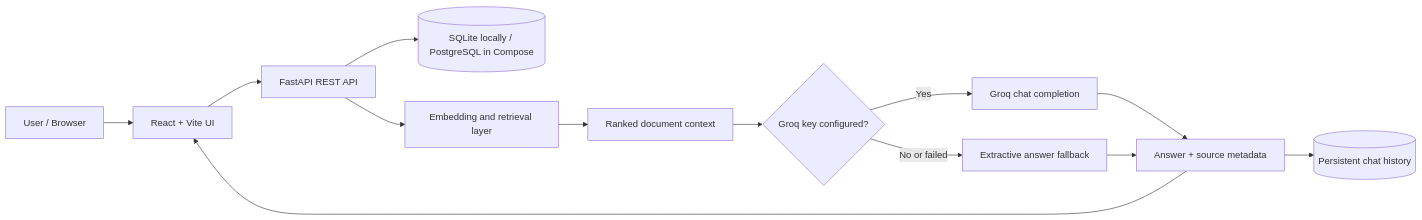
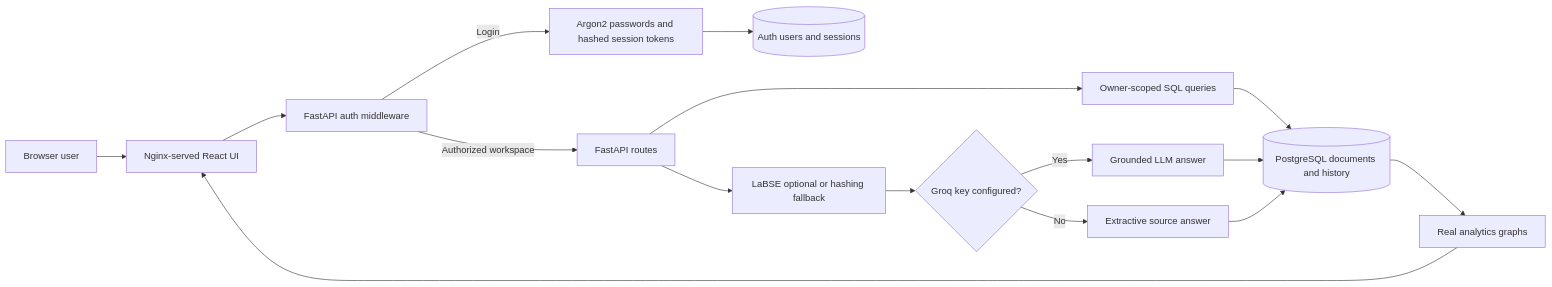
Before and after one commit to harshakavali81-collab/Multilingual-Project: the diagram in docs/diagrams/architecture.mmd, drawn with Mermaid. The commit also changed 28 other files, not shown here.

```diff
--- a/docs/diagrams/architecture.mmd
+++ b/docs/diagrams/architecture.mmd
@@ -1,13 +1,16 @@
 flowchart LR
-    U[User / Browser] --> FE[React + Vite UI]
-    FE --> API[FastAPI REST API]
-    API --> DB[(SQLite locally / PostgreSQL in Compose)]
-    API --> RET[Embedding and retrieval layer]
-    RET --> DOCS[Ranked document context]
-    DOCS --> LLM{Groq key configured?}
-    LLM -->|Yes| GROQ[Groq chat completion]
-    LLM -->|No or failed| FALLBACK[Extractive answer fallback]
-    GROQ --> OUT[Answer + source metadata]
-    FALLBACK --> OUT
-    OUT --> HIST[(Persistent chat history)]
-    OUT --> FE
+  User["Browser user"] --> UI["Nginx-served React UI"]
+  UI --> Auth["FastAPI auth middleware"]
+  Auth -->|Login| Session["Argon2 passwords and hashed session tokens"]
+  Auth -->|Authorized workspace| API["FastAPI routes"]
+  Session --> Users[("Auth users and sessions")]
+  API --> Owner["Owner-scoped SQL queries"]
+  Owner --> DB[("PostgreSQL documents and history")]
+  API --> Retrieval["LaBSE optional or hashing fallback"]
+  Retrieval --> LLM{"Groq key configured?"}
+  LLM -->|Yes| Generation["Grounded LLM answer"]
+  LLM -->|No| Fallback["Extractive source answer"]
+  Generation --> DB
+  Fallback --> DB
+  DB --> Graphs["Real analytics graphs"]
+  Graphs --> UI
```
